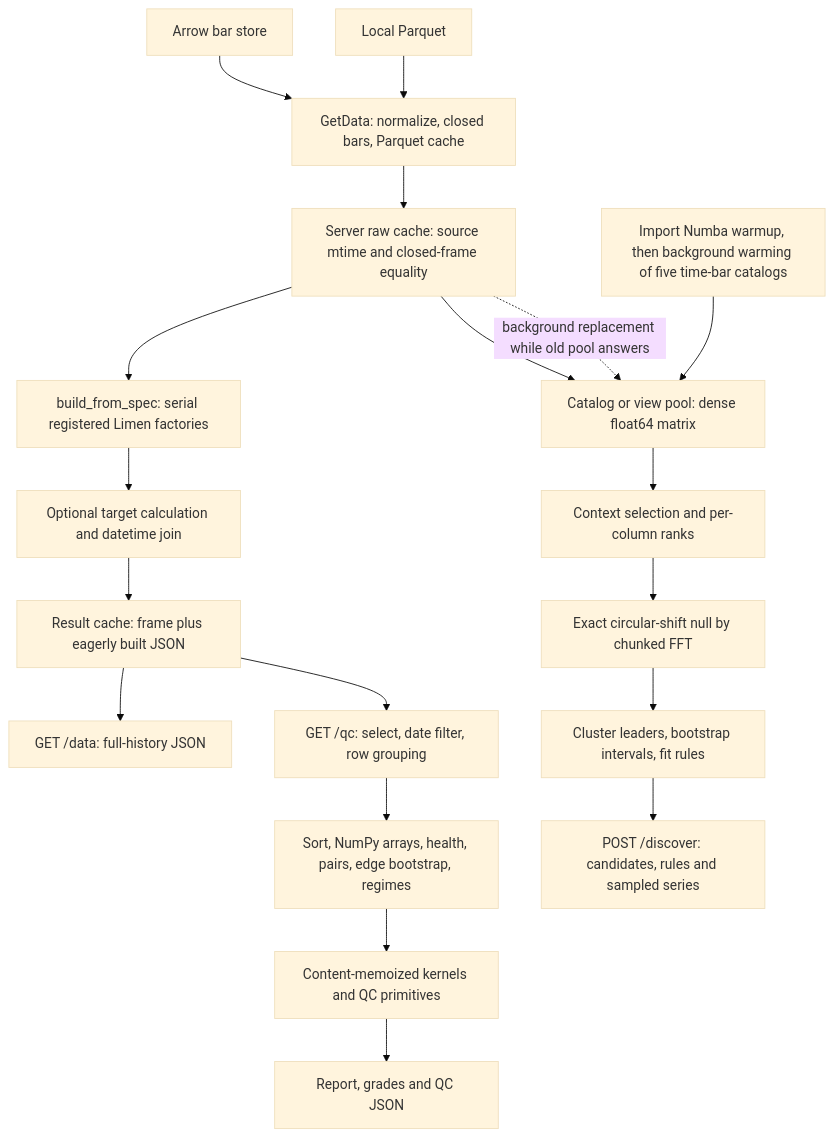
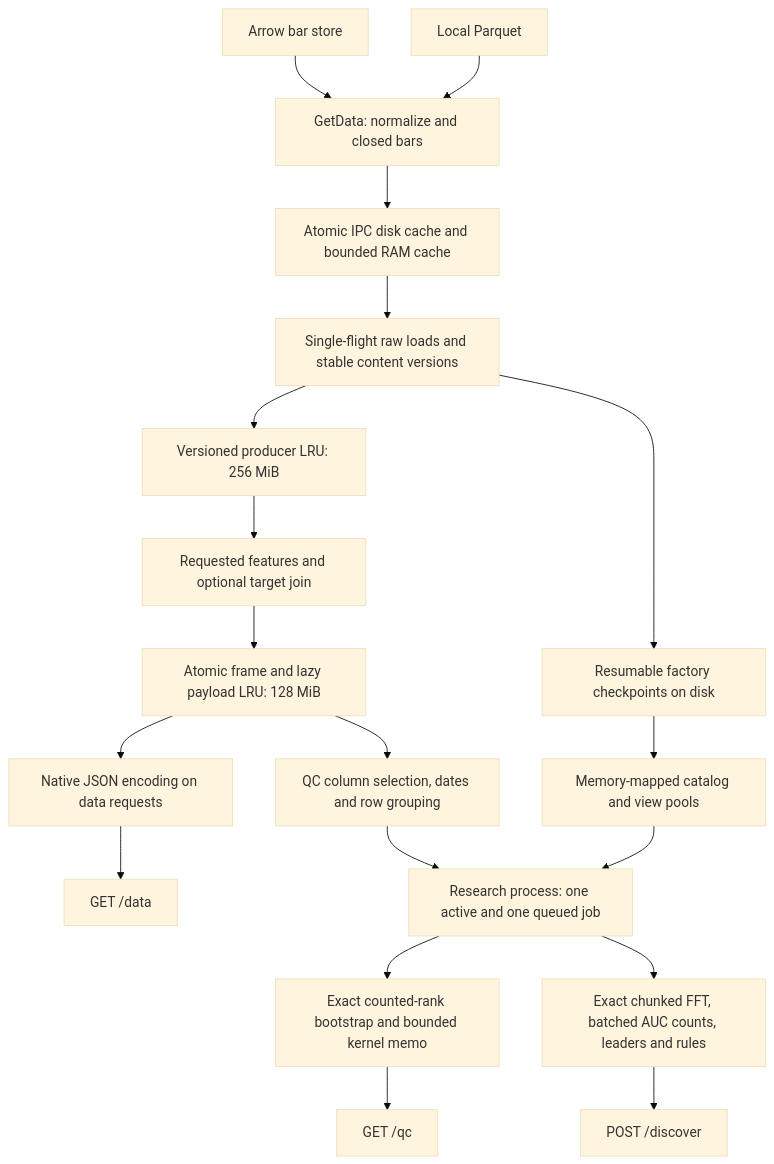
One commit to Vaquum/Mill changed the diagram in profiling/engine.mmd. Above: the diagram before and after it, drawn with Mermaid (base theme). The commit also changed 53 other files, not shown here.

First line of the commit message:
perf: reuse bounded engine results and isolate research execution (#45)

```diff
--- a/profiling/engine.mmd
+++ b/profiling/engine.mmd
@@ -1,19 +1,19 @@
 flowchart TD
-    Arrow[Arrow bar store] --> GetData[GetData: normalize, closed bars, Parquet cache]
+    Arrow[Arrow bar store] --> GetData[GetData: normalize and closed bars]
     Parquet[Local Parquet] --> GetData
-    GetData --> Raw[Server raw cache: source mtime and closed-frame equality]
-    Raw --> Build[build_from_spec: serial registered Limen factories]
-    Build --> Join[Optional target calculation and datetime join]
-    Join --> Result[Result cache: frame plus eagerly built JSON]
-    Result --> Data[GET /data: full-history JSON]
-    Result --> Filter[GET /qc: select, date filter, row grouping]
-    Filter --> Kernels[Sort, NumPy arrays, health, pairs, edge bootstrap, regimes]
-    Kernels --> Primitives[Content-memoized kernels and QC primitives]
-    Primitives --> QC[Report, grades and QC JSON]
-    Raw --> Pool[Catalog or view pool: dense float64 matrix]
-    Pool --> Rank[Context selection and per-column ranks]
-    Rank --> Null[Exact circular-shift null by chunked FFT]
-    Null --> Leaders[Cluster leaders, bootstrap intervals, fit rules]
-    Leaders --> Discovery[POST /discover: candidates, rules and sampled series]
-    Raw -. background replacement while old pool answers .-> Pool
-    Startup[Import Numba warmup, then background warming of five time-bar catalogs] --> Pool
+    GetData --> IPC[Atomic IPC disk cache and bounded RAM cache]
+    IPC --> Raw[Single-flight raw loads and stable content versions]
+    Raw --> Producers[Versioned producer LRU: 256 MiB]
+    Producers --> Join[Requested features and optional target join]
+    Join --> Results[Atomic frame and lazy payload LRU: 128 MiB]
+    Results --> JSON[Native JSON encoding on data requests]
+    JSON --> Data[GET /data]
+    Results --> Select[QC column selection, dates and row grouping]
+    Select --> Worker[Research process: one active and one queued job]
+    Raw --> Checkpoint[Resumable factory checkpoints on disk]
+    Checkpoint --> Pool[Memory-mapped catalog and view pools]
+    Pool --> Worker
+    Worker --> QC[Exact counted-rank bootstrap and bounded kernel memo]
+    Worker --> Discover[Exact chunked FFT, batched AUC counts, leaders and rules]
+    QC --> QCAPI[GET /qc]
+    Discover --> FindAPI[POST /discover]
```
